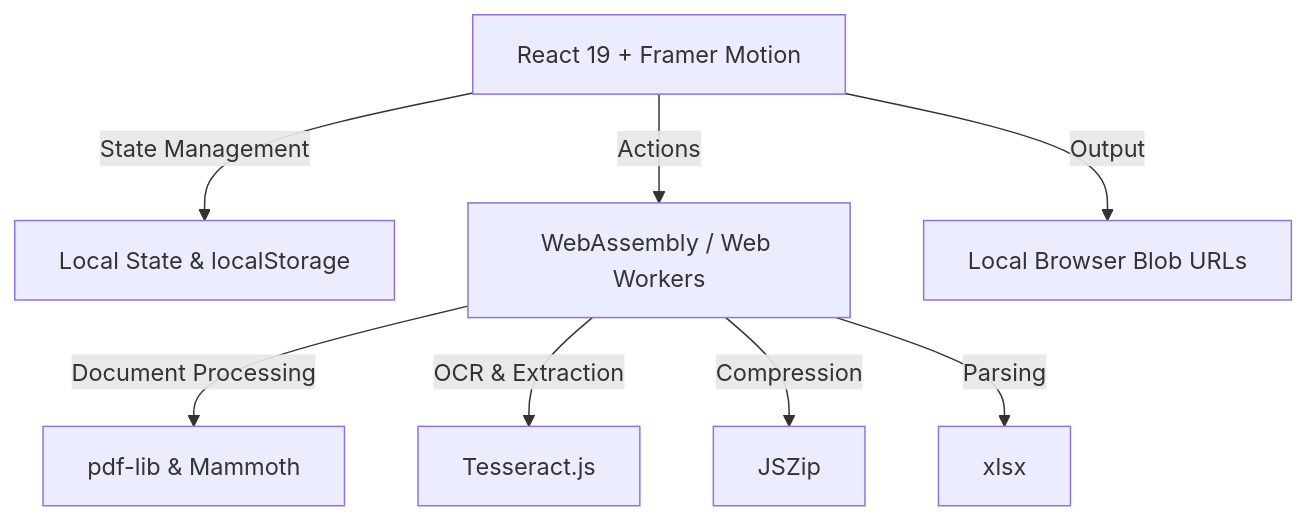
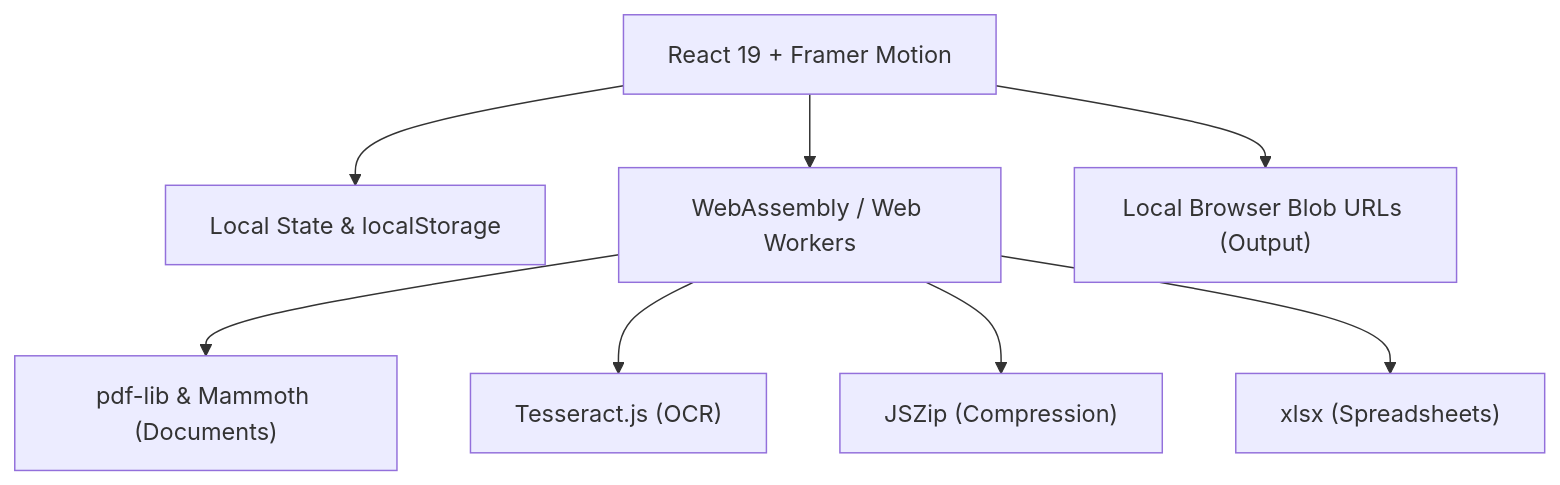
One commit to Mwenda-Boniface/Utilify changed the diagram in README.md. Above: the diagram before and after it, drawn with Mermaid. The commit also changed other lines of this file, not shown here.

````diff
--- a/README.md
+++ b/README.md
@@ -64,10 +173,10 @@
 ```mermaid
 graph TD
-    UI[React 19 + Framer Motion] -->|State Management| State[Local State & localStorage]
-    UI -->|Actions| Workers[WebAssembly / Web Workers]
-    Workers -->|Document Processing| PDF[pdf-lib & Mammoth]
-    Workers -->|OCR & Extraction| Tess[Tesseract.js]
-    Workers -->|Compression| JSZip[JSZip]
-    Workers -->|Parsing| XLSX[xlsx]
-    UI -->|Output| Blobs[Local Browser Blob URLs]
+    UI["React 19 + Framer Motion"] --> State["Local State & localStorage"]
+    UI --> Workers["WebAssembly / Web Workers"]
+    Workers --> PDF["pdf-lib & Mammoth (Documents)"]
+    Workers --> Tess["Tesseract.js (OCR)"]
+    Workers --> JSZip["JSZip (Compression)"]
+    Workers --> XLSX["xlsx (Spreadsheets)"]
+    UI --> Blobs["Local Browser Blob URLs (Output)"]
 ```
````
